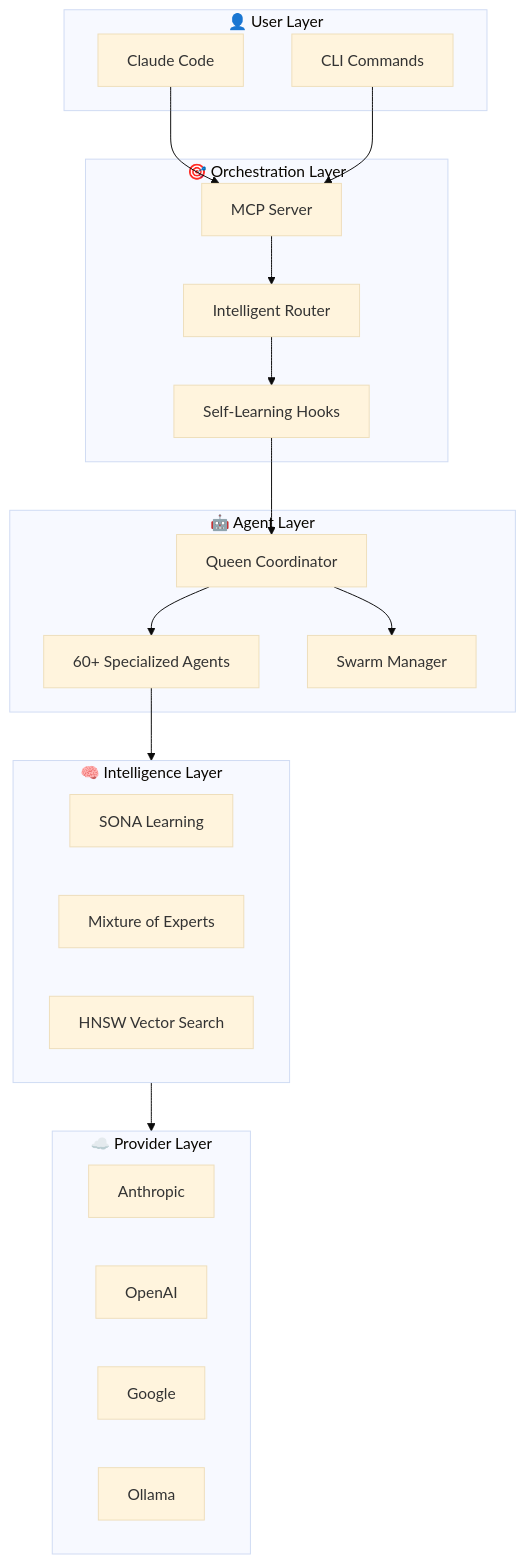
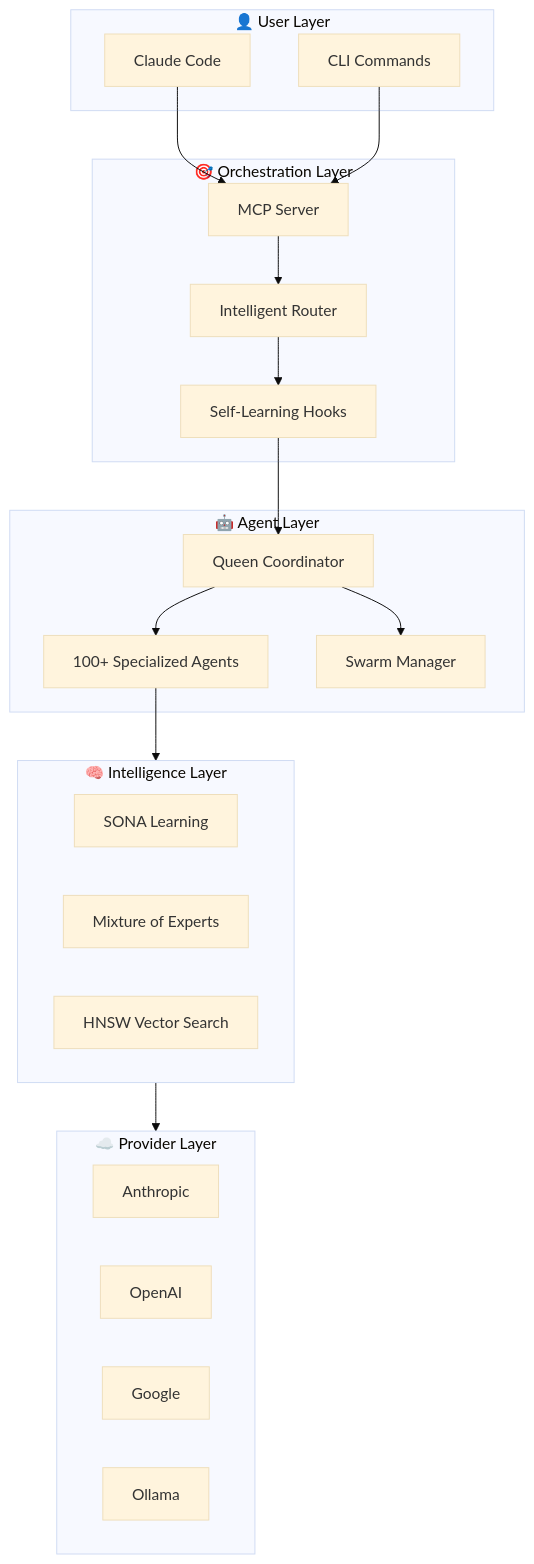
Before and after one commit to sashakobtsev21-stack/my_agents: the second of 6 diagrams in README.md, drawn with Mermaid (base theme). The commit also changed other lines of this file, not shown here.

````diff
--- a/README.md
+++ b/README.md
@@ -883,42 +883,42 @@
 ```mermaid
 flowchart TB
     subgraph User["👤 User Layer"]
         CC[Claude Code]
         CLI[CLI Commands]
     end
 
     subgraph Orchestration["🎯 Orchestration Layer"]
         MCP[MCP Server]
         Router[Intelligent Router]
         Hooks[Self-Learning Hooks]
     end
 
     subgraph Agents["🤖 Agent Layer"]
         Queen[Queen Coordinator]
-        Workers[60+ Specialized Agents]
+        Workers[100+ Specialized Agents]
         Swarm[Swarm Manager]
     end
 
     subgraph Intelligence["🧠 Intelligence Layer"]
         SONA[SONA Learning]
         MoE[Mixture of Experts]
         HNSW[HNSW Vector Search]
     end
 
     subgraph Providers["☁️ Provider Layer"]
         Anthropic[Anthropic]
         OpenAI[OpenAI]
         Google[Google]
         Ollama[Ollama]
     end
 
     CC --> MCP
     CLI --> MCP
     MCP --> Router
     Router --> Hooks
     Hooks --> Queen
     Queen --> Workers
     Queen --> Swarm
     Workers --> Intelligence
     Intelligence --> Providers
 ```
````
